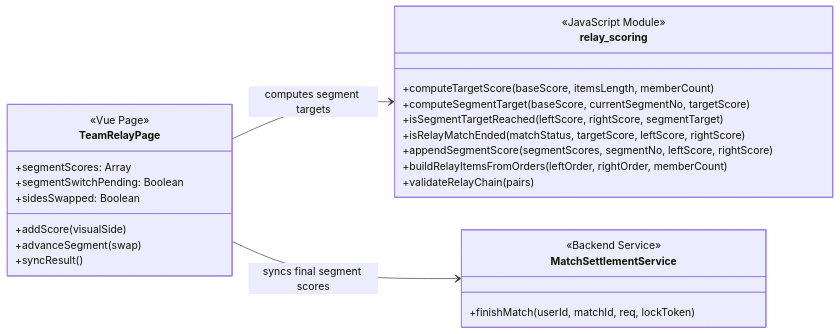
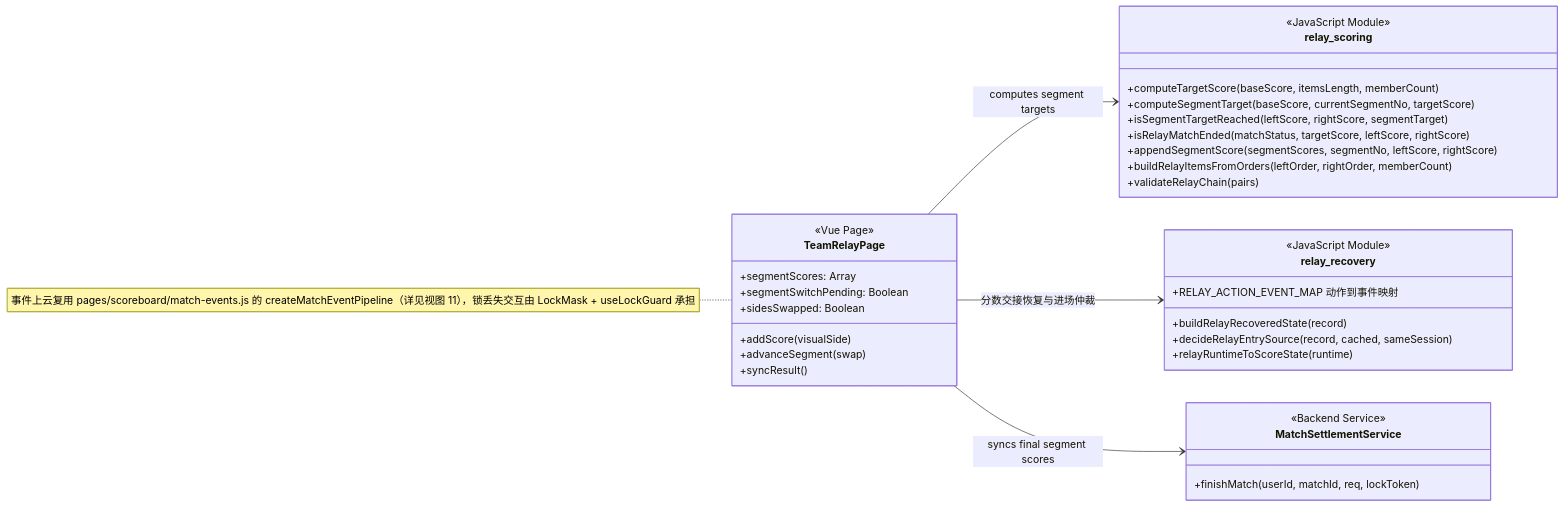
Before and after one commit to lijingyuu/Scoring: the seventh of 11 diagrams in docs/类图.md, drawn with Mermaid. The commit also changed other lines of this file and 16 other files, not shown here.

````diff
--- a/docs/类图.md
+++ b/docs/类图.md
@@ -651,33 +670,43 @@
 ```mermaid
 classDiagram
 direction LR
 
 class TeamRelayPage {
   <<Vue Page>>
   +segmentScores: Array
   +segmentSwitchPending: Boolean
   +sidesSwapped: Boolean
   +addScore(visualSide)
   +advanceSegment(swap)
   +syncResult()
 }
 
 class relay_scoring {
   <<JavaScript Module>>
   +computeTargetScore(baseScore, itemsLength, memberCount)
   +computeSegmentTarget(baseScore, currentSegmentNo, targetScore)
   +isSegmentTargetReached(leftScore, rightScore, segmentTarget)
   +isRelayMatchEnded(matchStatus, targetScore, leftScore, rightScore)
   +appendSegmentScore(segmentScores, segmentNo, leftScore, rightScore)
   +buildRelayItemsFromOrders(leftOrder, rightOrder, memberCount)
   +validateRelayChain(pairs)
 }
 
+class relay_recovery {
+  <<JavaScript Module>>
+  +buildRelayRecoveredState(record)
+  +decideRelayEntrySource(record, cached, sameSession)
+  +relayRuntimeToScoreState(runtime)
+  +RELAY_ACTION_EVENT_MAP 动作到事件映射
+}
+
 class MatchSettlementService {
   <<Backend Service>>
   +finishMatch(userId, matchId, req, lockToken)
 }
 
 TeamRelayPage --> relay_scoring : computes segment targets
+TeamRelayPage --> relay_recovery : 分数交接恢复与进场仲裁
 TeamRelayPage --> MatchSettlementService : syncs final segment scores
+note for TeamRelayPage "事件上云复用 pages/scoreboard/match-events.js 的 createMatchEventPipeline（详见视图 11），锁丢失交互由 LockMask + useLockGuard 承担"
 ```
````
